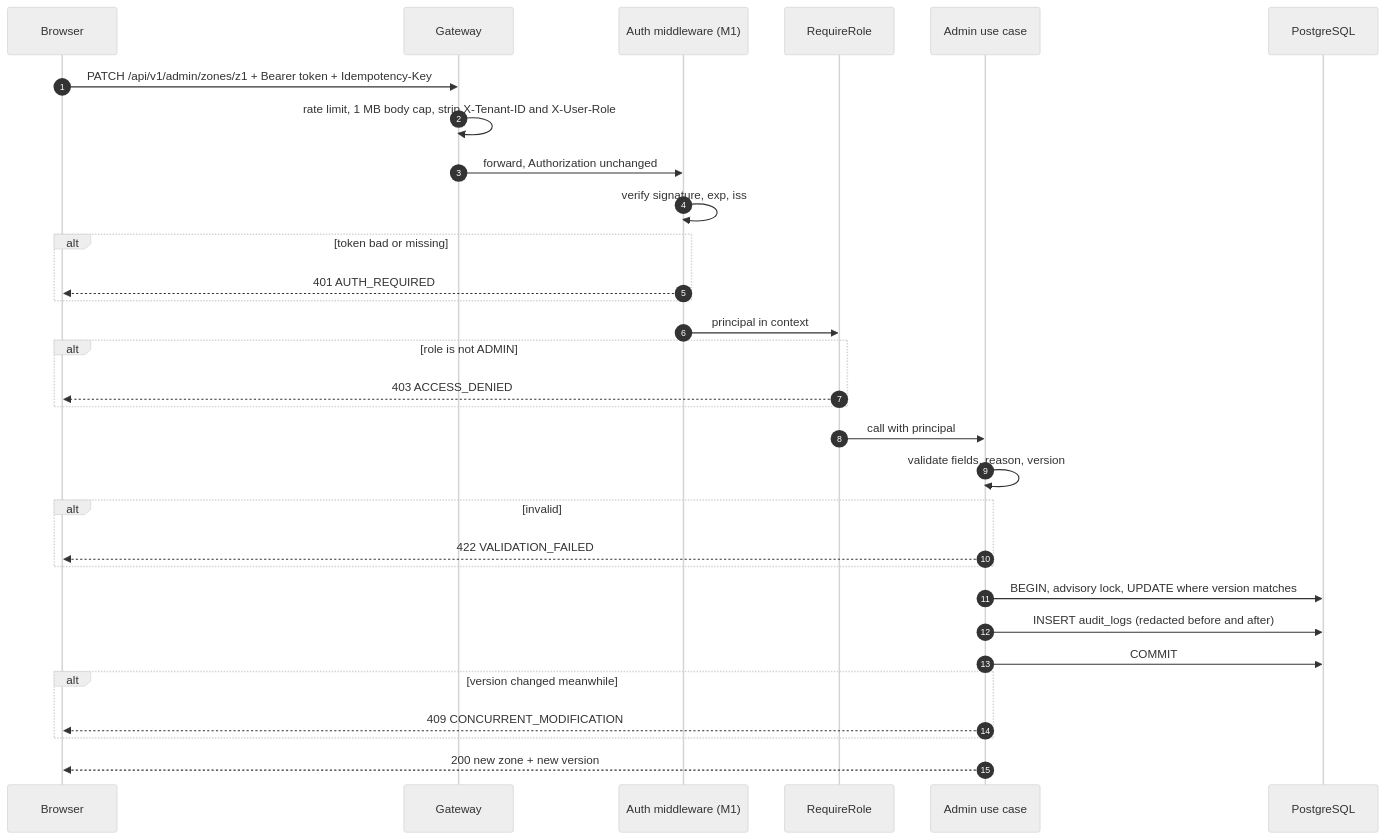
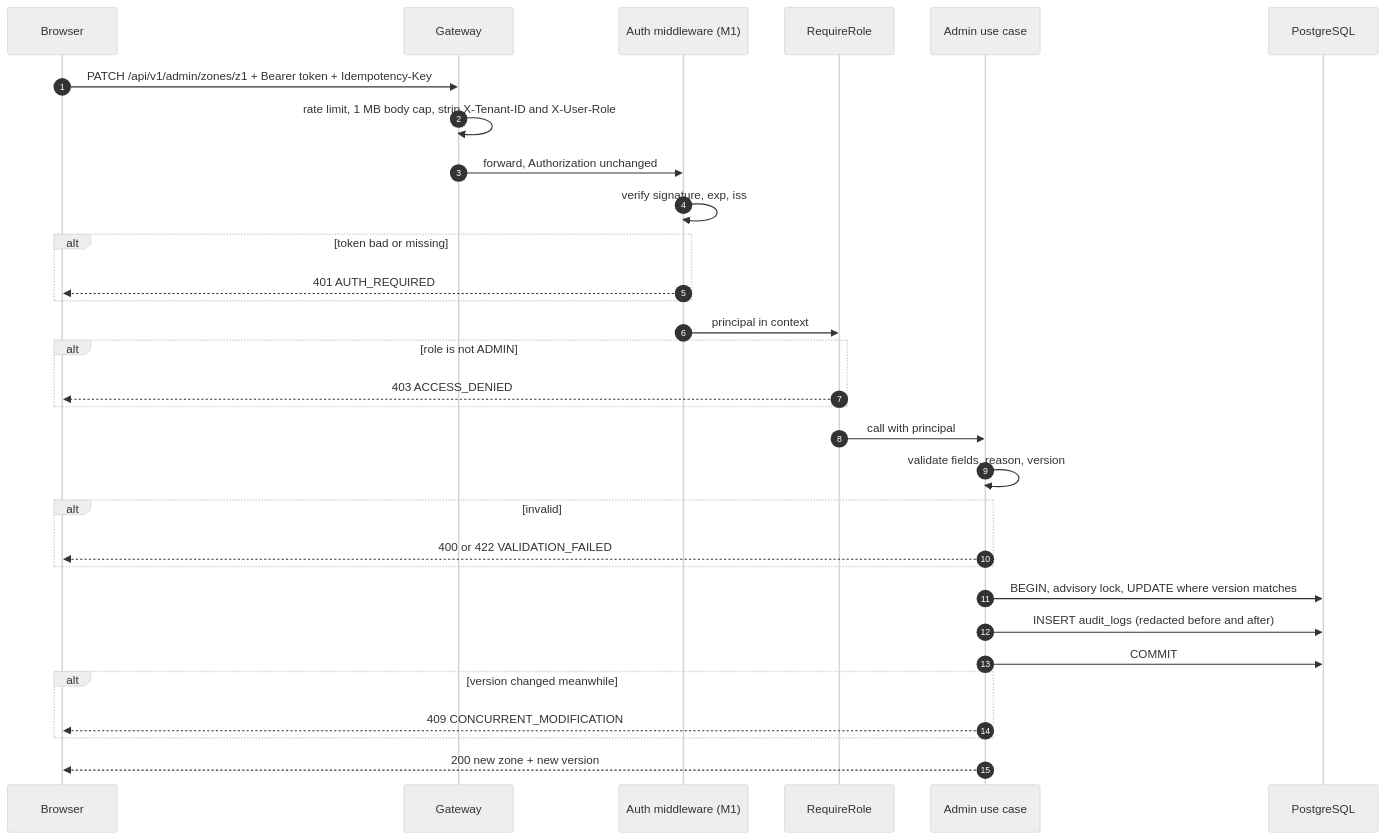
Before and after one commit to phantomTroupeEAD/SwiftDrop: the second of 8 diagrams in docs/drafts/member-07-dispatcher-admin-web-gateway/doc-07-security-failure-and-recovery.md, drawn with Mermaid (neutral theme). The commit also changed other lines of this file and 125 other files, not shown here.

````diff
--- a/docs/drafts/member-07-dispatcher-admin-web-gateway/doc-07-security-failure-and-recovery.md
+++ b/docs/drafts/member-07-dispatcher-admin-web-gateway/doc-07-security-failure-and-recovery.md
@@ -156,33 +160,33 @@
 ```mermaid
 sequenceDiagram
     autonumber
     participant BR as Browser
     participant GW as Gateway
     participant AU as Auth middleware (M1)
     participant RR as RequireRole
     participant UC as Admin use case
     participant DB as PostgreSQL
     BR->>GW: PATCH /api/v1/admin/zones/z1 + Bearer token + Idempotency-Key
     GW->>GW: rate limit, 1 MB body cap, strip X-Tenant-ID and X-User-Role
     GW->>AU: forward, Authorization unchanged
     AU->>AU: verify signature, exp, iss
     alt token bad or missing
         AU-->>BR: 401 AUTH_REQUIRED
     end
     AU->>RR: principal in context
     alt role is not ADMIN
         RR-->>BR: 403 ACCESS_DENIED
     end
     RR->>UC: call with principal
     UC->>UC: validate fields, reason, version
     alt invalid
-        UC-->>BR: 422 VALIDATION_FAILED
+        UC-->>BR: 400 or 422 VALIDATION_FAILED
     end
     UC->>DB: BEGIN, advisory lock, UPDATE where version matches
     UC->>DB: INSERT audit_logs (redacted before and after)
     UC->>DB: COMMIT
     alt version changed meanwhile
         UC-->>BR: 409 CONCURRENT_MODIFICATION
     end
     UC-->>BR: 200 new zone + new version
 ```
````
